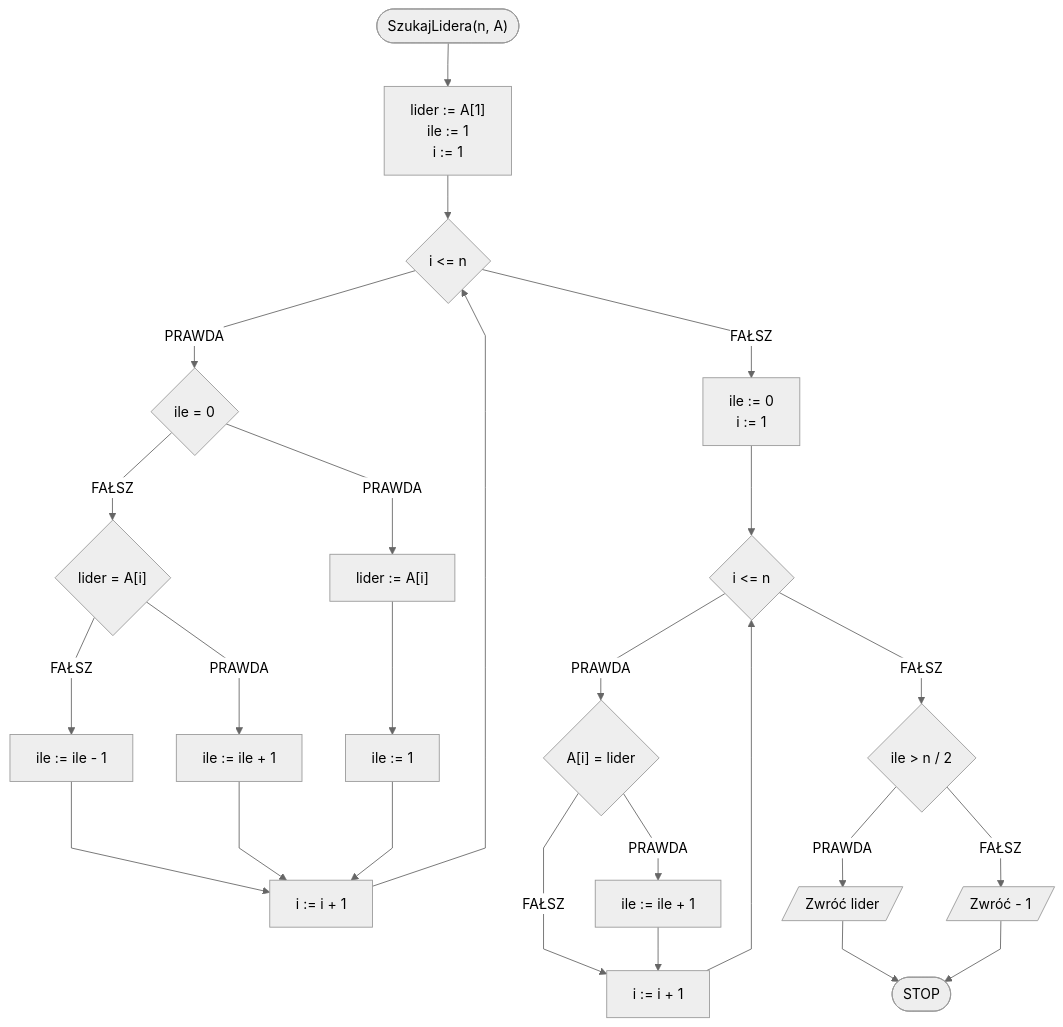
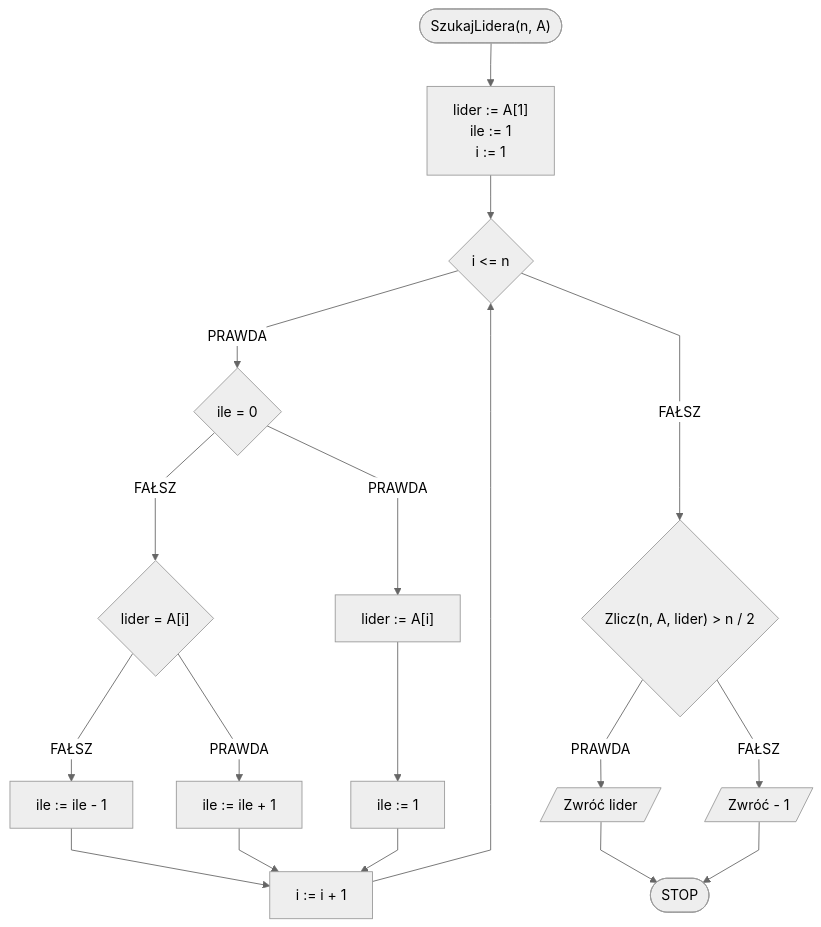
One commit to blackbat13/cs-htiew-gitbook changed the third of 3 diagrams in algorithms/searching/majority.md. Above: the diagram before and after it, drawn with Mermaid. The commit also changed other lines of this file, not shown here.

````diff
--- a/algorithms/searching/majority.md
+++ b/algorithms/searching/majority.md
@@ -140,28 +189,21 @@
 ```mermaid
 %%{init: {"flowchart": {"curve": "linear"}, "theme": "neutral"} }%%
 flowchart TD
 	START(["SzukajLidera(n, A)"]) --> K1["lider := A[1]\nile := 1\ni := 1"]
 	K1 --> K3{i <= n}
 	K3 -- PRAWDA --> K4{ile = 0}
 	K4 -- PRAWDA --> K5["lider := A[i]"]
 	K5 --> K6[ile := 1]
 	K4 -- FAŁSZ --> K7{"lider = A[i]"}
 	K7 -- PRAWDA --> K8[ile := ile + 1]
 	K7 -- FAŁSZ --> K10[ile := ile - 1]
 	K10 --> K3i[i := i + 1]
 	K8 --> K3i
 	K6 --> K3i
 	K3i --> K3
-	K3 -- FAŁSZ --> K11[ile := 0\ni := 1]
-	K11 --> K12{i <= n}
-	K12 -- PRAWDA --> K13{"A[i] = lider"}
-	K13 -- PRAWDA --> K14[ile := ile + 1]
-	K13 -- FAŁSZ --> K12i[i := i + 1]
-	K14 --> K12i
-	K12i --> K12
-	K12 -- FAŁSZ --> K15{ile > n / 2}
+	K3 -- FAŁSZ ---> K15{"Zlicz(n, A, lider) > n / 2"}
 	K15 -- PRAWDA --> K16[/Zwróć lider/]
 	K16 --> STOP([STOP])
 	K15 -- FAŁSZ --> K18[/Zwróć - 1/]
 	K18 --> STOP
 ```
````
